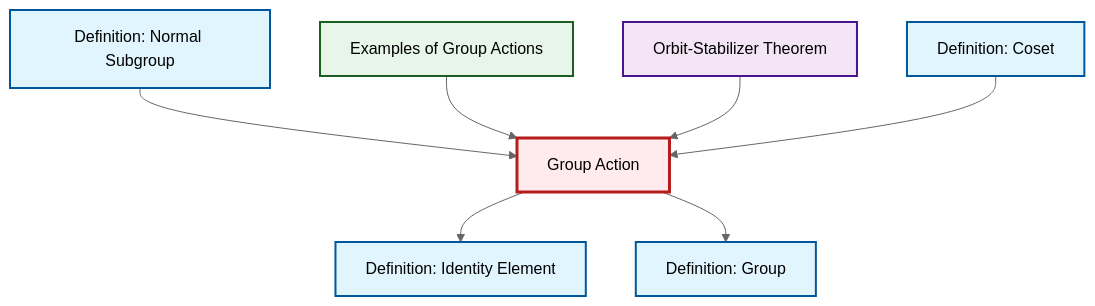
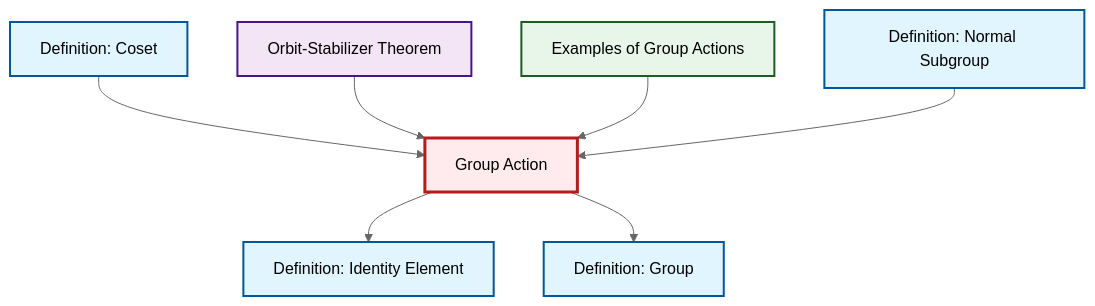
Before and after one commit to RK0429/ModernMath: the diagram in content/en/algebra/def-group-action.qmd, drawn with Mermaid (neutral theme). The commit also changed other lines of this file and 360 other files, not shown here.

````diff
--- a/content/en/algebra/def-group-action.qmd
+++ b/content/en/algebra/def-group-action.qmd
@@ -60,29 +60,29 @@
 ```{mermaid}
 %%| fig-cap: "Local dependency graph"
 graph TD
     classDef definition fill:#e1f5fe,stroke:#01579b,stroke-width:2px
     classDef theorem fill:#f3e5f5,stroke:#4a148c,stroke-width:2px
     classDef axiom fill:#fff3e0,stroke:#e65100,stroke-width:2px
     classDef example fill:#e8f5e9,stroke:#1b5e20,stroke-width:2px
     classDef current fill:#ffebee,stroke:#b71c1c,stroke-width:3px
+    def-normal-subgroup["Definition: Normal Subgroup"]:::definition
+    thm-orbit-stabilizer["Orbit-Stabilizer Theorem"]:::theorem
+    def-coset["Definition: Coset"]:::definition
+    def-identity-element["Definition: Identity Element"]:::definition
+    def-group-action["Group Action"]:::definition
+    def-group["Definition: Group"]:::definition
     ex-group-action-examples["Examples of Group Actions"]:::example
-    def-normal-subgroup["Definition: Normal Subgroup"]:::definition
-    def-coset["Definition: Coset"]:::definition
-    def-group["Definition: Group"]:::definition
-    thm-orbit-stabilizer["Orbit-Stabilizer Theorem"]:::theorem
-    def-group-action["Group Action"]:::definition
-    def-identity-element["Definition: Identity Element"]:::definition
+    def-coset --> def-group-action
+    thm-orbit-stabilizer --> def-group-action
     def-group-action --> def-identity-element
+    ex-group-action-examples --> def-group-action
     def-group-action --> def-group
     def-normal-subgroup --> def-group-action
-    ex-group-action-examples --> def-group-action
-    thm-orbit-stabilizer --> def-group-action
-    def-coset --> def-group-action
     class def-group-action current
+    click def-normal-subgroup "def-normal-subgroup.html" "Go to Normal Subgroup definition"
+    click thm-orbit-stabilizer "thm-orbit-stabilizer.html" "Go to Orbit-Stabilizer Theorem"
+    click def-coset "def-coset.html" "Go to Coset definition"
+    click def-identity-element "def-identity-element.html" "Go to Identity Element definition"
+    click def-group "def-group.html" "Go to Group definition"
     click ex-group-action-examples "ex-group-action-examples.html" "Go to Examples of Group Actions"
-    click def-normal-subgroup "def-normal-subgroup.html" "Go to Normal Subgroup definition"
-    click def-coset "def-coset.html" "Go to Coset definition"
-    click def-group "def-group.html" "Go to Group definition"
-    click thm-orbit-stabilizer "thm-orbit-stabilizer.html" "Go to Orbit-Stabilizer Theorem"
-    click def-identity-element "def-identity-element.html" "Go to Identity Element definition"
 ```
````
